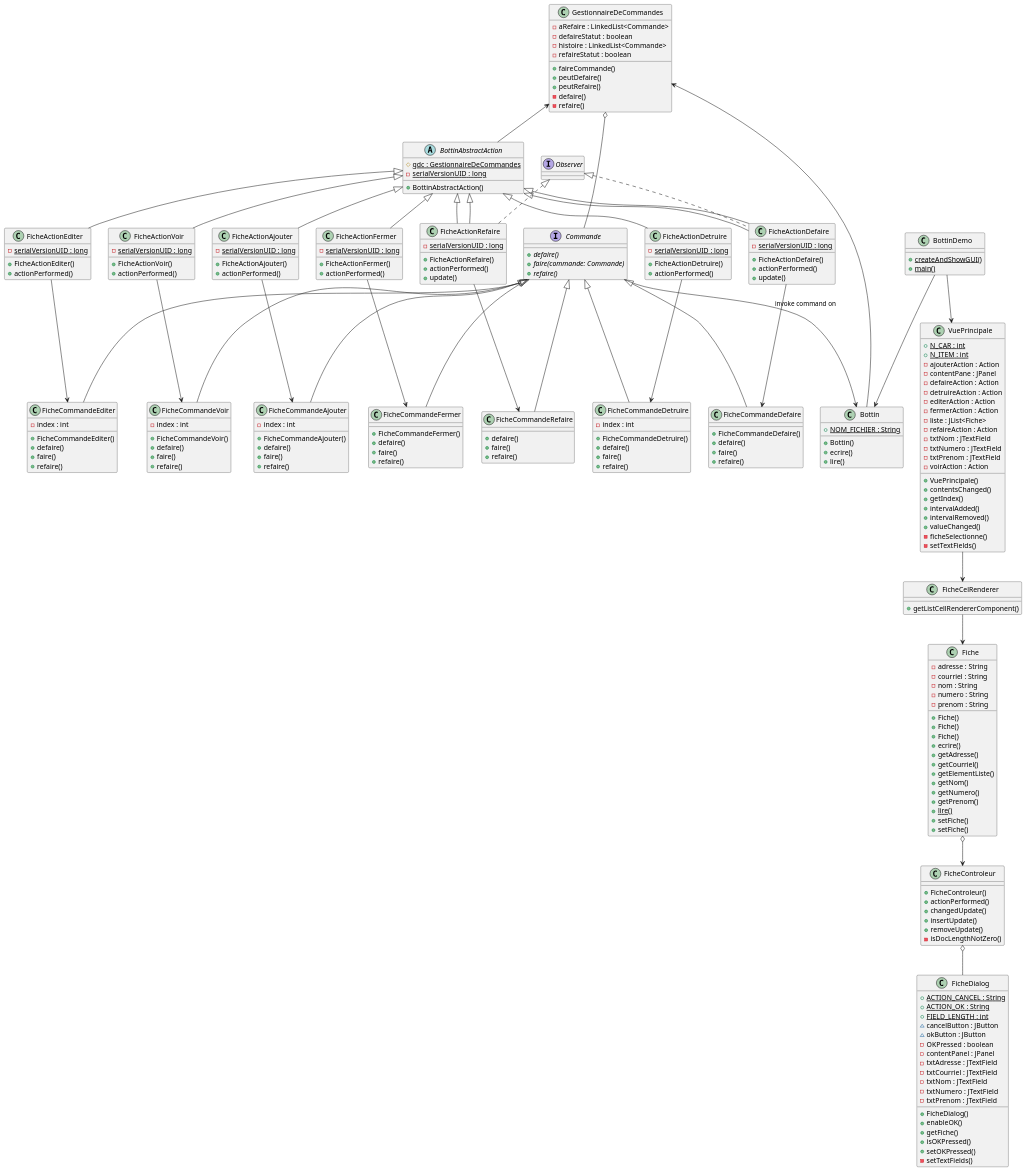
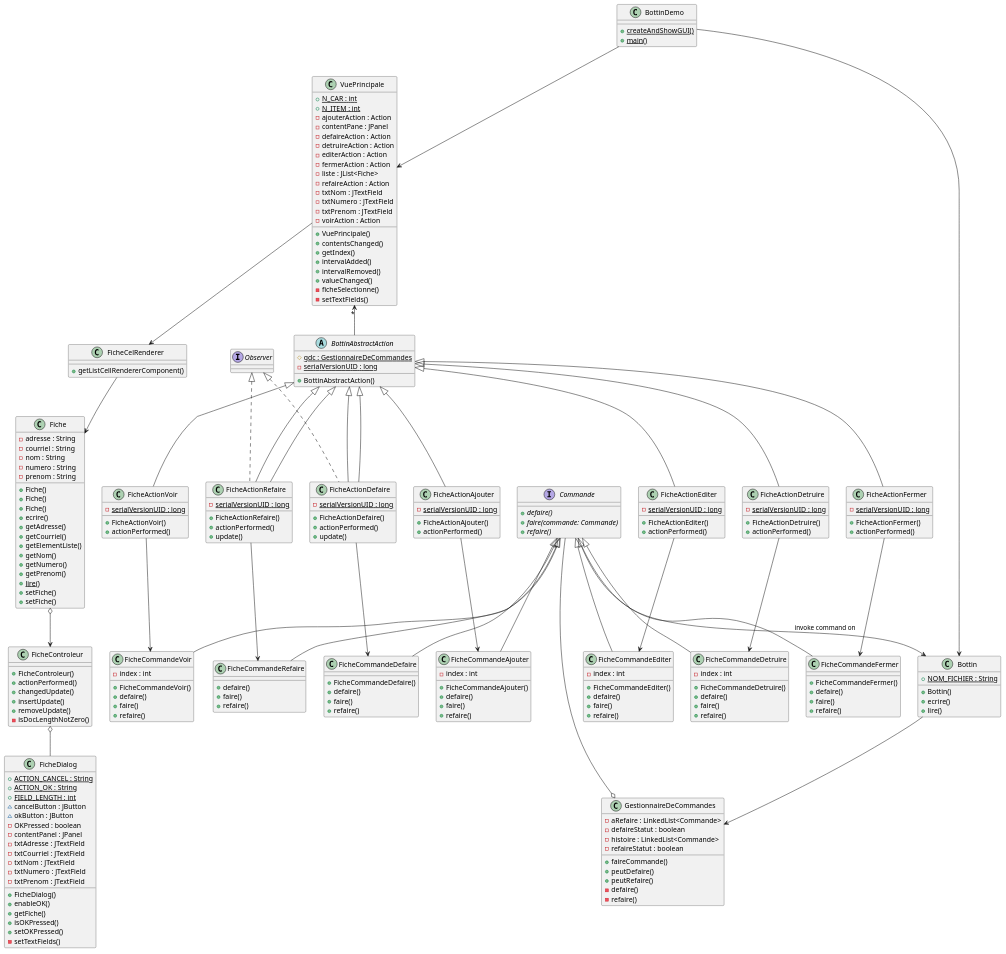
The diagram in src/main/java/Commande/Bottin/README.md (yvanross/LOG121-GOF-exemples), drawn with PlantUML before and after one commit. The commit also changed other lines of this file, not shown here.

```diff
--- a/src/main/java/Commande/Bottin/README.md
+++ b/src/main/java/Commande/Bottin/README.md
@@ -308,7 +309,7 @@
 
 GestionnaireDeCommandes o--Commande
 
-BottinAbstractAction--up>GestionnaireDeCommandes
+BottinAbstractAction--up> "*" VuePrincipale
 
 
 Fiche o-->FicheControleur
```
